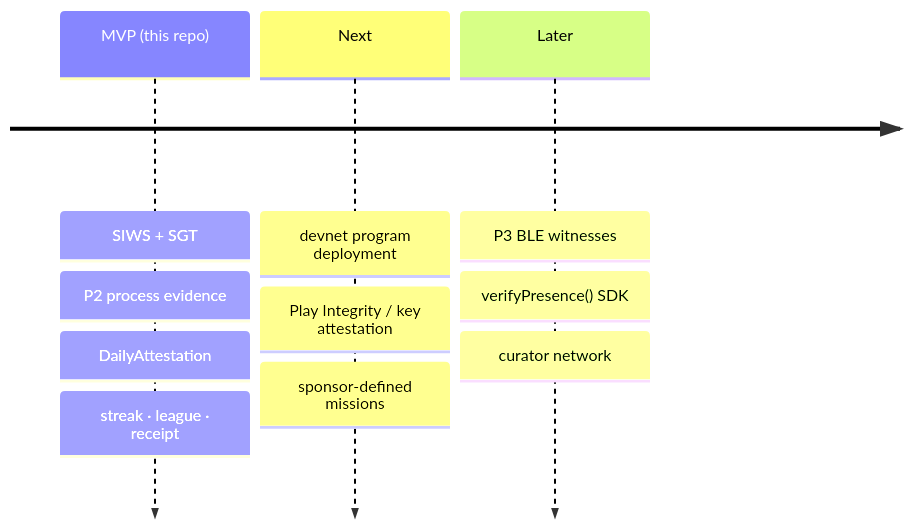
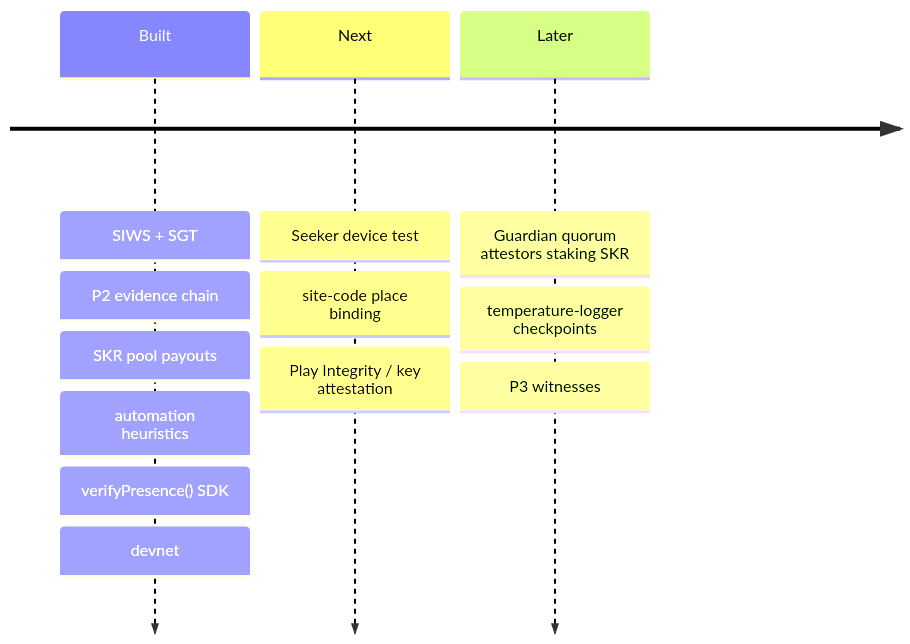
Before and after one commit to Aaditya1273/Mewtwo: the second of 2 diagrams in README.md, drawn with Mermaid. The commit also changed other lines of this file and 51 other files, not shown here.

First line of the commit message:
feat: verticalize to ASHA & cold chain, add SKR + AI + Guardian path, winning build for Clock In

````diff
--- a/README.md
+++ b/README.md
@@ -171,6 +198,6 @@
 ```mermaid
 timeline
-    MVP (this repo) : SIWS + SGT : P2 process evidence : DailyAttestation : streak · league · receipt
-    Next : devnet program deployment : Play Integrity / key attestation : sponsor-defined missions
-    Later : P3 BLE witnesses : verifyPresence() SDK : curator network
+    Built : SIWS + SGT : P2 evidence chain : SKR pool payouts : automation heuristics : verifyPresence() SDK : devnet
+    Next : Seeker device test : site-code place binding : Play Integrity / key attestation
+    Later : Guardian quorum attestors staking SKR : temperature-logger checkpoints : P3 witnesses
 ```
````
